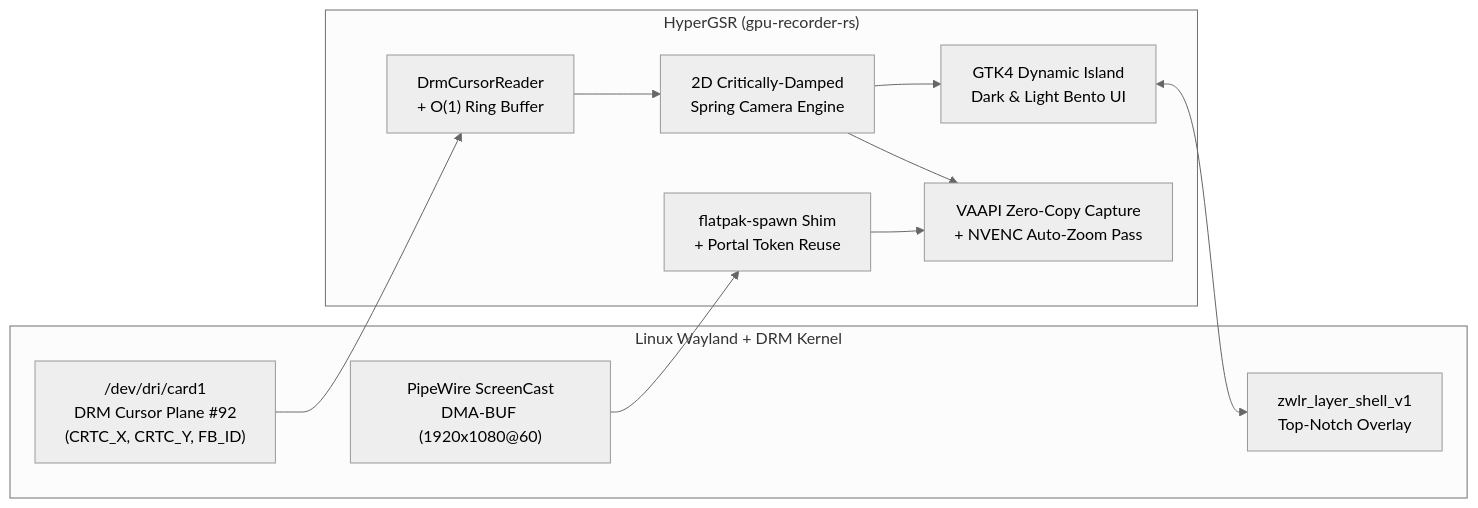
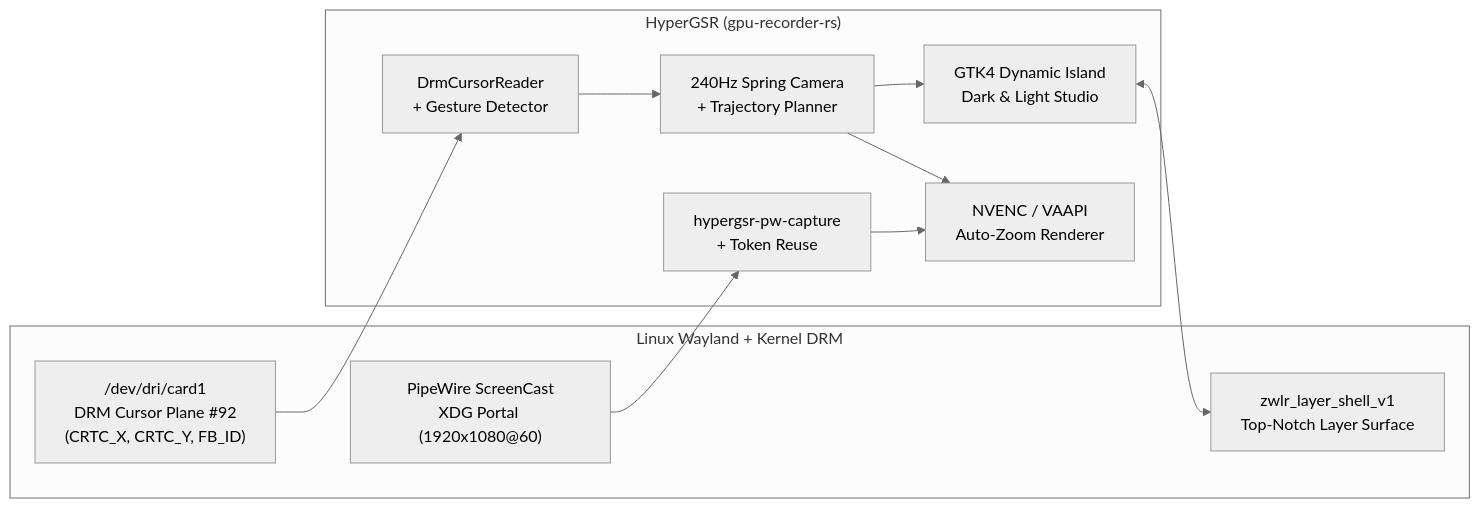
The diagram in README.md (KunalSiyag/gpu-recorder-rs), drawn with Mermaid (neutral theme) before and after one commit. The commit also changed other lines of this file and 8 other files, not shown here.

First line of the commit message:
Add animated hero banner, Auto-Zoom GIF demo, benchmark card, CI workflow, and fork/contributor guide

````diff
--- a/README.md
+++ b/README.md
@@ -77,22 +105,22 @@
 ```mermaid
 flowchart LR
-    subgraph Wayland["Linux Wayland + DRM Kernel"]
-        PW["PipeWire ScreenCast\nDMA-BUF (1920x1080@60)"]
+    subgraph Wayland["Linux Wayland + Kernel DRM"]
+        PW["PipeWire ScreenCast\nXDG Portal (1920x1080@60)"]
         DRM["/dev/dri/card1\nDRM Cursor Plane #92\n(CRTC_X, CRTC_Y, FB_ID)"]
-        LS["zwlr_layer_shell_v1\nTop-Notch Overlay"]
+        LS["zwlr_layer_shell_v1\nTop-Notch Layer Surface"]
     end
 
     subgraph HyperGSR["HyperGSR (gpu-recorder-rs)"]
-        SHIM["flatpak-spawn Shim\n+ Portal Token Reuse"]
-        CUR["DrmCursorReader\n+ O(1) Ring Buffer"]
-        ZOOM["2D Critically-Damped\nSpring Camera Engine"]
-        GUI["GTK4 Dynamic Island\nDark & Light Bento UI"]
-        ENC["VAAPI Zero-Copy Capture\n+ NVENC Auto-Zoom Pass"]
+        CAP["hypergsr-pw-capture\n+ Token Reuse"]
+        CUR["DrmCursorReader\n+ Gesture Detector"]
+        ZOOM["240Hz Spring Camera\n+ Trajectory Planner"]
+        GUI["GTK4 Dynamic Island\nDark & Light Studio"]
+        ENC["NVENC / VAAPI\nAuto-Zoom Renderer"]
     end
 
-    PW --> SHIM --> ENC
+    PW --> CAP --> ENC
     DRM --> CUR --> ZOOM
     ZOOM --> GUI
     ZOOM --> ENC
     GUI <--> LS
 ```
````
